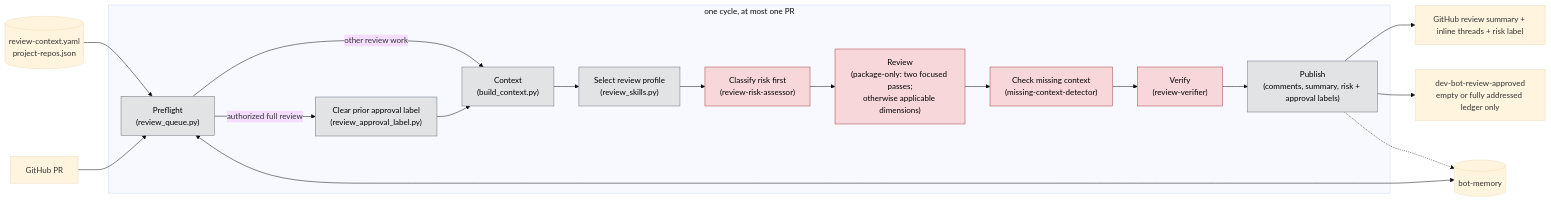
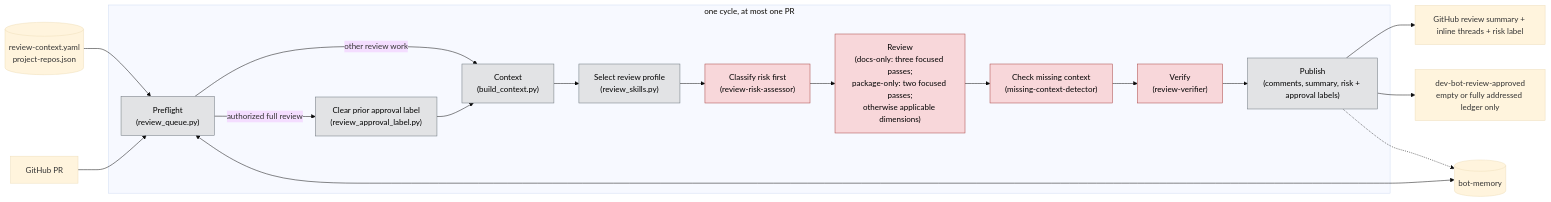
The first of 4 diagrams in instance/rbac-config-review/agent/workflows/review-only/WORKFLOW.md (Hyperkid123/fabric-access-ai-dev), drawn with Mermaid (base theme) before and after one commit. The commit also changed other lines of this file and 5 other files, not shown here.

Commit message:
feat(review): trim doc passes and reuse approvals

````diff
--- a/instance/rbac-config-review/agent/workflows/review-only/WORKFLOW.md
+++ b/instance/rbac-config-review/agent/workflows/review-only/WORKFLOW.md
@@ -32,25 +32,25 @@
 ```mermaid
 flowchart LR
     Config[("review-context.yaml<br/>project-repos.json")] --> A
     GH1["GitHub PR"] --> A
     Memory[("bot-memory")] <--> A
     subgraph Cycle["one cycle, at most one PR"]
         A["Preflight<br/>(review_queue.py)"] -->|authorized full review| X["Clear prior approval label<br/>(review_approval_label.py)"]
         A -->|other review work| B["Context<br/>(build_context.py)"]
         X --> B
         B --> P["Select review profile<br/>(review_skills.py)"]
         P --> R["Classify risk first<br/>(review-risk-assessor)"]
-        R --> C["Review<br/>(package-only: two focused passes;<br/>otherwise applicable dimensions)"]
+        R --> C["Review<br/>(docs-only: three focused passes;<br/>package-only: two focused passes;<br/>otherwise applicable dimensions)"]
         C --> M["Check missing context<br/>(missing-context-detector)"]
         M --> D["Verify<br/>(review-verifier)"]
         D --> E["Publish<br/>(comments, summary, risk + approval labels)"]
     end
     E --> GH2["GitHub review summary + inline threads + risk label"]
     E --> GH3["dev-bot-review-approved<br/>empty or fully addressed ledger only"]
     E -.-> Memory
 
     classDef script fill:#e2e3e5,stroke:#6c757d,color:#000;
     classDef ai fill:#f8d7da,stroke:#a94442,color:#000;
     class A,B,E,P,X script;
     class C,M,D,R ai;
 ```
````
